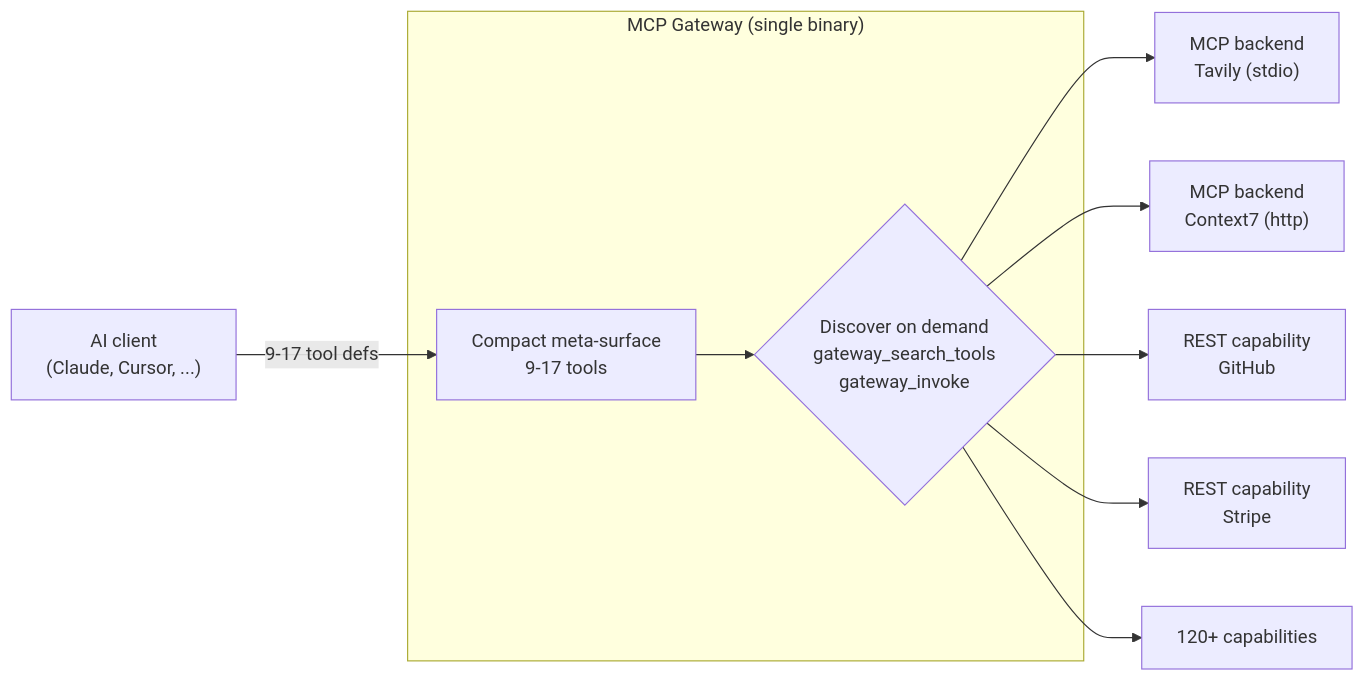
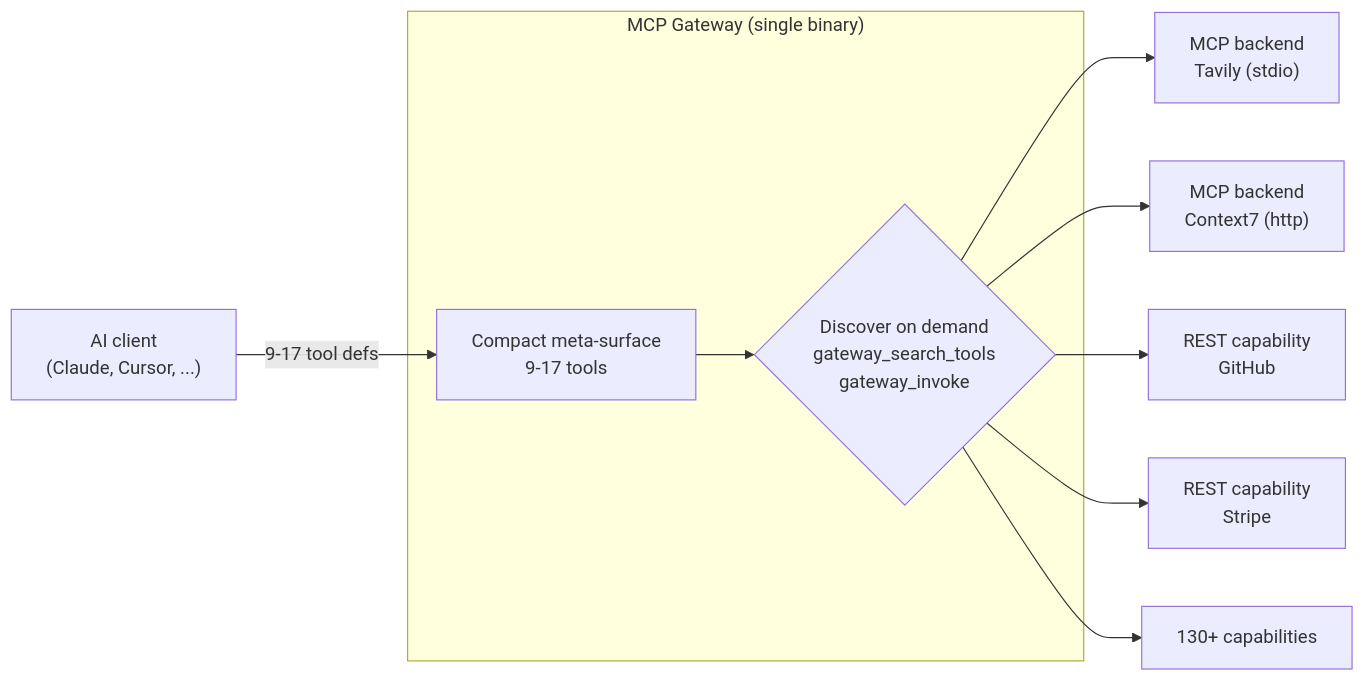
Before and after one commit to MikkoParkkola/mcp-gateway: the first of 2 diagrams in README.md, drawn with Mermaid. The commit also changed other lines of this file and 75 other files, not shown here.

````diff
--- a/README.md
+++ b/README.md
@@ -32,21 +32,21 @@
 ```mermaid
 flowchart LR
     AI["AI client<br/>(Claude, Cursor, ...)"]
     subgraph GW["MCP Gateway (single binary)"]
         META["Compact meta-surface<br/>9-17 tools"]
         DISC{"Discover on demand<br/>gateway_search_tools<br/>gateway_invoke"}
     end
     T1["MCP backend<br/>Tavily (stdio)"]
     T2["MCP backend<br/>Context7 (http)"]
     C1["REST capability<br/>GitHub"]
     C2["REST capability<br/>Stripe"]
-    Cn["120+ capabilities"]
+    Cn["130+ capabilities"]
 
     AI -->|"9-17 tool defs"| META
     META --> DISC
     DISC --> T1
     DISC --> T2
     DISC --> C1
     DISC --> C2
     DISC --> Cn
 ```
````
